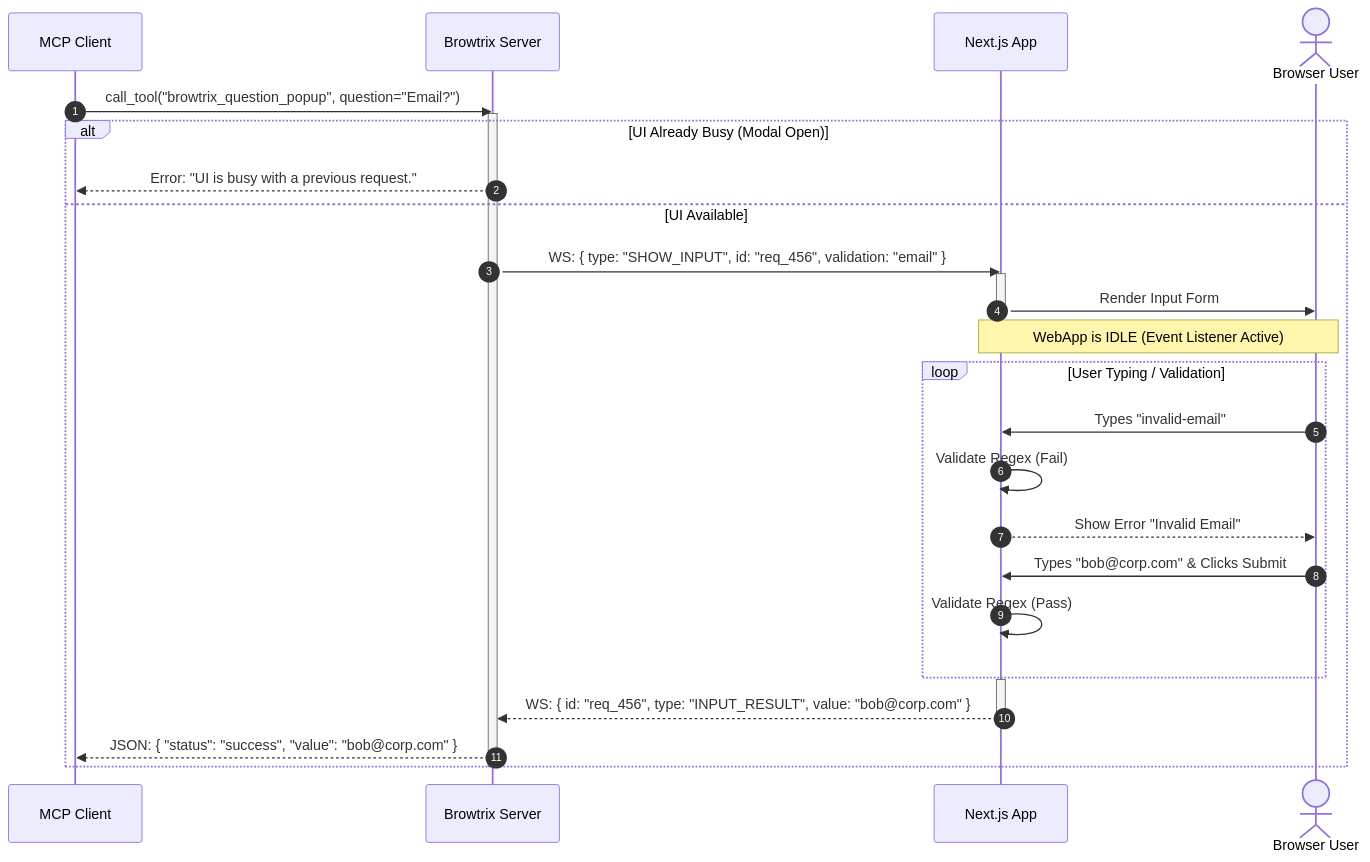
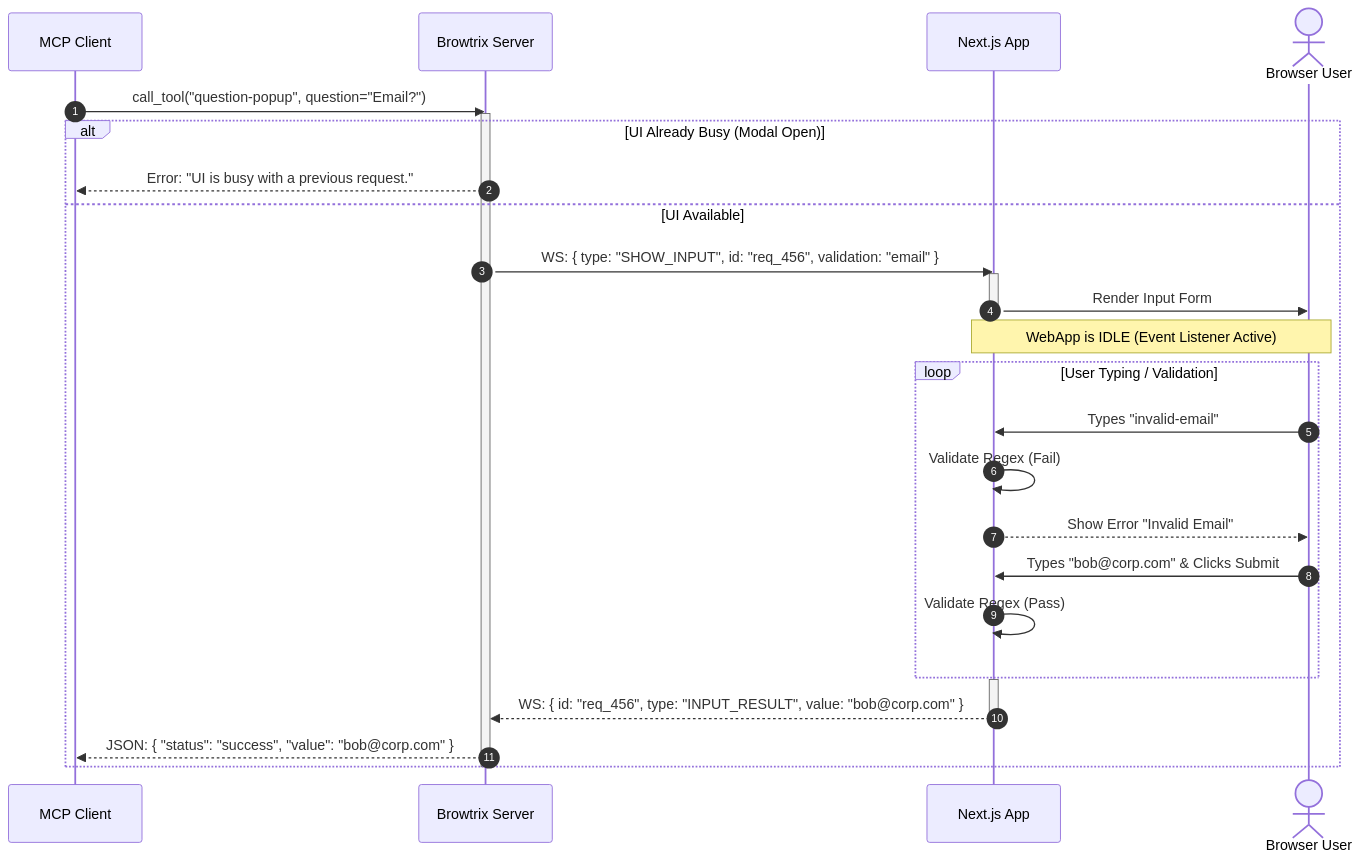
One commit to InduwaraSMPN/browtrix changed the diagram in docs/sequence_diagrams/browtrix_question_popup.mermaid. Above: the diagram before and after it, drawn with Mermaid. The commit also changed 9 other files, not shown here.

```diff
--- a/docs/sequence_diagrams/browtrix_question_popup.mermaid
+++ b/docs/sequence_diagrams/browtrix_question_popup.mermaid
@@ -1,36 +1,36 @@
 sequenceDiagram
     autonumber
     participant Client as MCP Client
     participant Server as Browtrix Server
     participant WebApp as Next.js App
     actor WebUser as Browser User
 
-    Client->>Server: call_tool("browtrix_question_popup", question="Email?")
+    Client->>Server: call_tool("question-popup", question="Email?")
     activate Server
 
     alt UI Already Busy (Modal Open)
         Server-->>Client: Error: "UI is busy with a previous request."
     else UI Available
         Server->>WebApp: WS: { type: "SHOW_INPUT", id: "req_456", validation: "email" }
         activate WebApp
         WebApp->>WebUser: Render Input Form
         deactivate WebApp
         
         Note over WebApp, WebUser: WebApp is IDLE (Event Listener Active)
 
         loop User Typing / Validation
             WebUser->>WebApp: Types "invalid-email"
             WebApp->>WebApp: Validate Regex (Fail)
             WebApp-->>WebUser: Show Error "Invalid Email"
             
             WebUser->>WebApp: Types "bob@corp.com" & Clicks Submit
             WebApp->>WebApp: Validate Regex (Pass)
         end
 
         activate WebApp
         WebApp-->>Server: WS: { id: "req_456", type: "INPUT_RESULT", value: "bob@corp.com" }
         deactivate WebApp
 
         Server-->>Client: JSON: { "status": "success", "value": "bob@corp.com" }
     end
     deactivate Server
```
